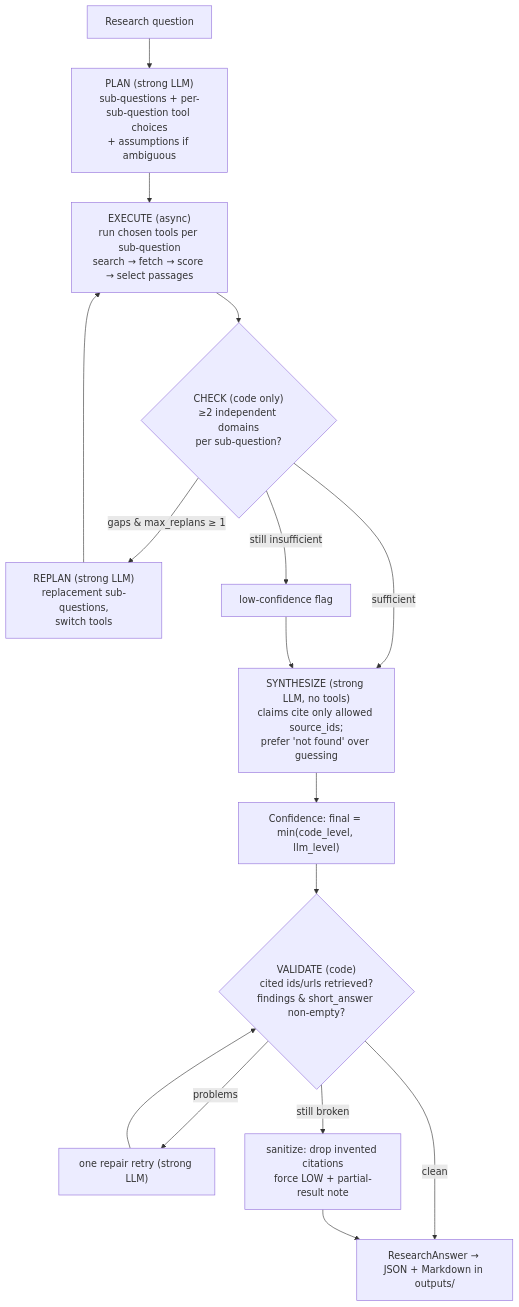
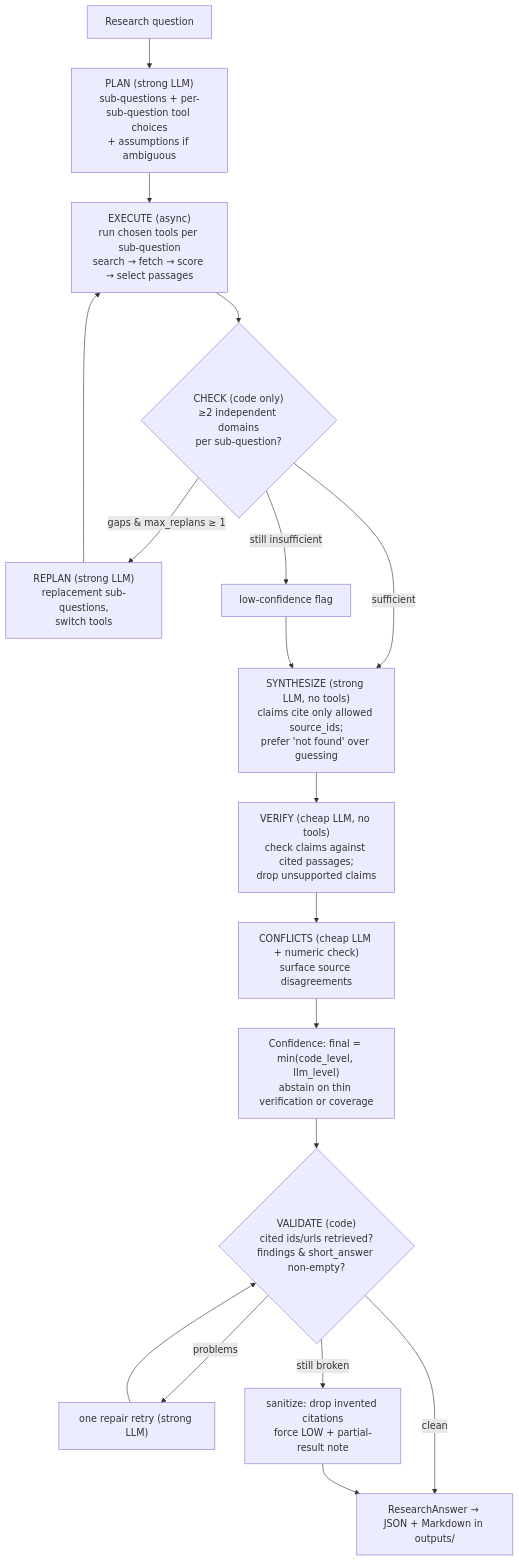
The diagram in README.md (Arnavch2024/citeright), drawn with Mermaid before and after one commit. The commit also changed other lines of this file and 10 other files, not shown here.

````diff
--- a/README.md
+++ b/README.md
@@ -82,22 +89,24 @@
 ```mermaid
 flowchart TD
     Q[Research question] --> PLAN
     PLAN["PLAN (strong LLM)<br/>sub-questions + per-sub-question tool choices<br/>+ assumptions if ambiguous"] --> EXECUTE
     EXECUTE["EXECUTE (async)<br/>run chosen tools per sub-question<br/>search → fetch → score → select passages"] --> CHECK
     CHECK{"CHECK (code only)<br/>≥2 independent domains<br/>per sub-question?"}
     CHECK -- "gaps & max_replans ≥ 1" --> REPLAN["REPLAN (strong LLM)<br/>replacement sub-questions,<br/>switch tools"]
     REPLAN --> EXECUTE
     CHECK -- sufficient --> SYNTH
     CHECK -- "still insufficient" --> LOW["low-confidence flag"]
     LOW --> SYNTH
-    SYNTH["SYNTHESIZE (strong LLM, no tools)<br/>claims cite only allowed source_ids;<br/>prefer 'not found' over guessing"] --> CONF
-    CONF["Confidence: final = min(code_level, llm_level)"]
+    SYNTH["SYNTHESIZE (strong LLM, no tools)<br/>claims cite only allowed source_ids;<br/>prefer 'not found' over guessing"] --> VERIFY
+    VERIFY["VERIFY (cheap LLM, no tools)<br/>check claims against cited passages;<br/>drop unsupported claims"] --> CONFLICTS
+    CONFLICTS["CONFLICTS (cheap LLM + numeric check)<br/>surface source disagreements"] --> CONF
+    CONF["Confidence: final = min(code_level, llm_level)<br/>abstain on thin verification or coverage"]
     CONF --> VAL
     VAL{"VALIDATE (code)<br/>cited ids/urls retrieved?<br/>findings & short_answer non-empty?"}
     VAL -- problems --> REPAIR["one repair retry (strong LLM)"]
     REPAIR --> VAL
     VAL -- "still broken" --> SAN["sanitize: drop invented citations<br/>force LOW + partial-result note"]
     VAL -- clean --> OUT
     SAN --> OUT
     OUT["ResearchAnswer → JSON + Markdown in outputs/"]
 ```
````
